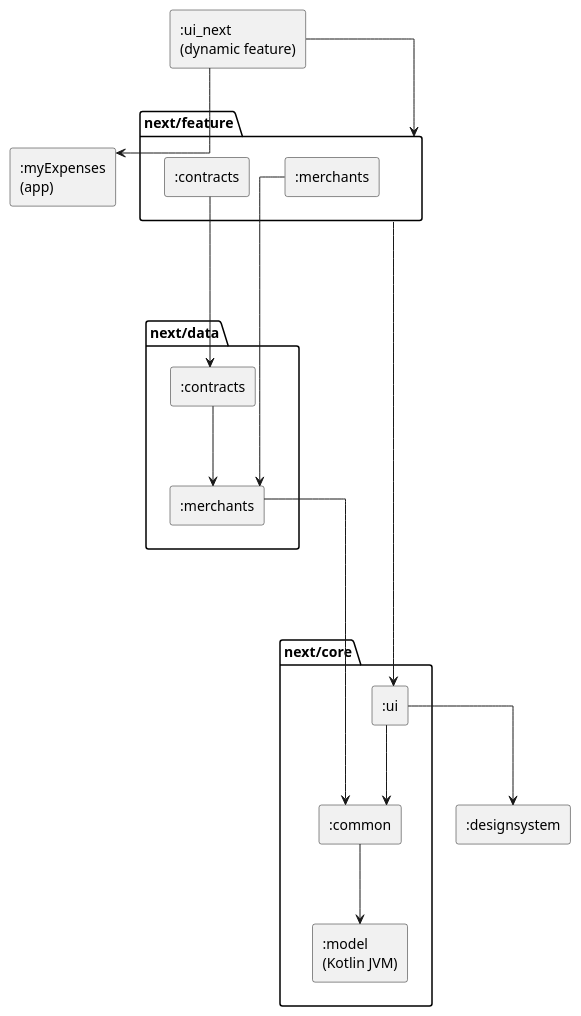
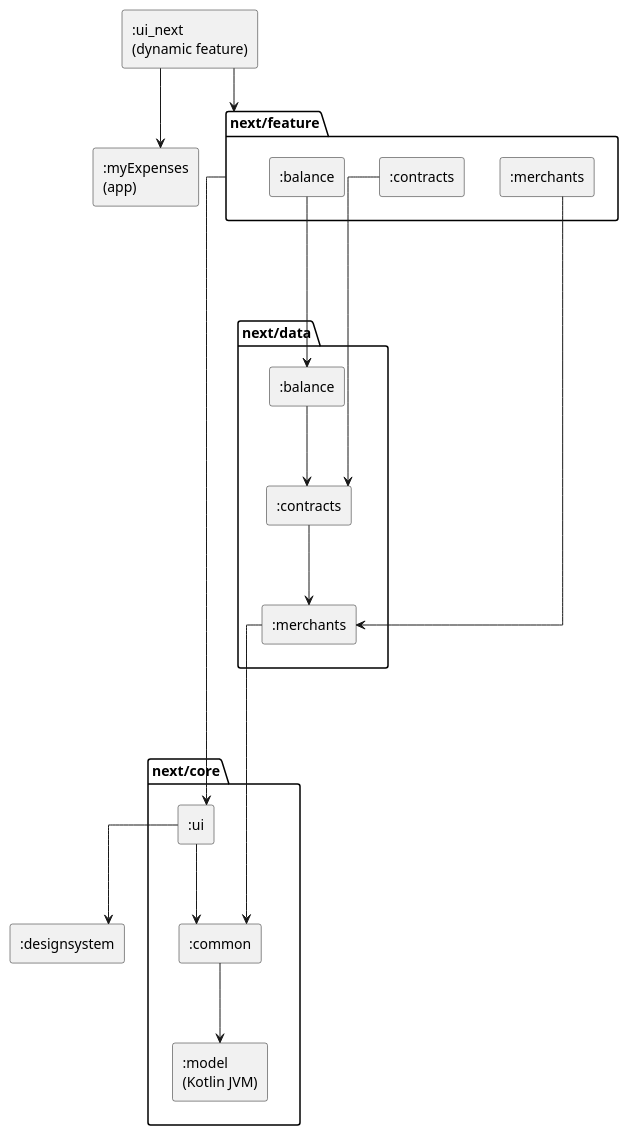
Before and after one commit to mtotschnig/MyExpenses: the diagram in ui_next/modules.puml, drawn with PlantUML. The commit also changed 5 other files, not shown here.

```diff
--- a/ui_next/modules.puml
+++ b/ui_next/modules.puml
@@ -1,45 +1,49 @@
 @startuml modules
 ' Generated by the task moduleGraph of build-logic (ModuleGraphPlugin), do not edit.
 ' Dependencies between the modules of the new UI, rule `mod-diagram` of ARCHITECTURE.md.
 ' An edge that follows from a longer path is left out.
 ' An edge from or to a package stands for an edge from or to every module in it.
 skinparam componentStyle rectangle
 skinparam linetype ortho
 skinparam ranksep 80
 top to bottom direction
 
 [:designsystem] as mDesignsystem
 [:myExpenses\n(app)] as mMyExpenses
 [:ui_next\n(dynamic feature)] as mUiNext
 
 package "next/core" as pNextCore {
     [:common] as mNextCoreCommon
     [:model\n(Kotlin JVM)] as mNextCoreModel
     [:ui] as mNextCoreUi
 }
 
 package "next/data" as pNextData {
+    [:balance] as mNextDataBalance
     [:contracts] as mNextDataContracts
     [:merchants] as mNextDataMerchants
 }
 
 package "next/feature" as pNextFeature {
+    [:balance] as mNextFeatureBalance
     [:contracts] as mNextFeatureContracts
     [:merchants] as mNextFeatureMerchants
 }
 
 ' Layout only
 mNextDataMerchants -[hidden]--> pNextCore
 mNextFeatureMerchants -[hidden]--> pNextData
 
 mUiNext --> pNextFeature
 pNextFeature --> mNextCoreUi
 mNextCoreCommon --> mNextCoreModel
 mNextCoreUi --> mDesignsystem
 mNextCoreUi --> mNextCoreCommon
+mNextDataBalance --> mNextDataContracts
 mNextDataContracts --> mNextDataMerchants
 mNextDataMerchants --> mNextCoreCommon
+mNextFeatureBalance --> mNextDataBalance
 mNextFeatureContracts --> mNextDataContracts
 mNextFeatureMerchants --> mNextDataMerchants
 mUiNext --> mMyExpenses
 @enduml
```
